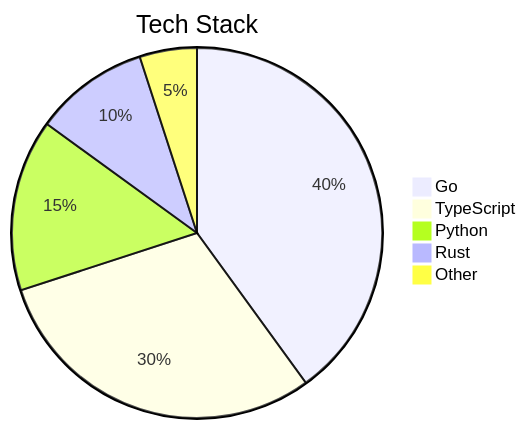
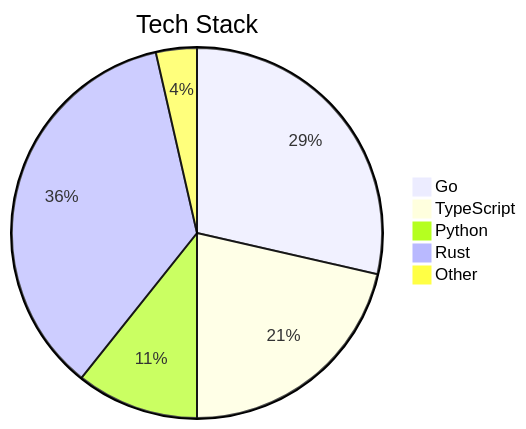
The seventh of 7 diagrams in content/blog/2026-03-06/latex-support.md (ngallo/ngallo.github.io), drawn with Mermaid before and after one commit. The commit also changed other lines of this file and 1 other file, not shown here.

````diff
--- a/content/blog/2026-03-06/latex-support.md
+++ b/content/blog/2026-03-06/latex-support.md
@@ -241,8 +243,8 @@
 ```mermaid
 pie title Tech Stack
     "Go" : 40
     "TypeScript" : 30
     "Python" : 15
-    "Rust" : 10
+    "Rust" : 50
     "Other" : 5
 ```
````
